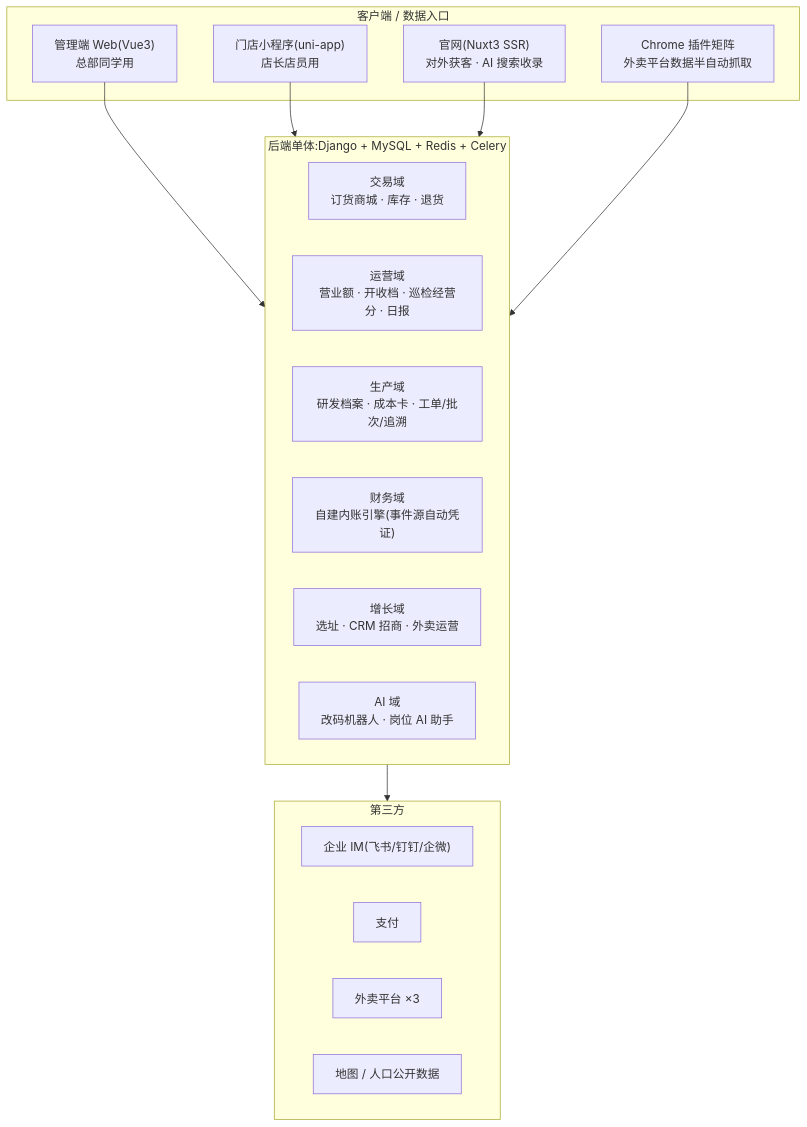
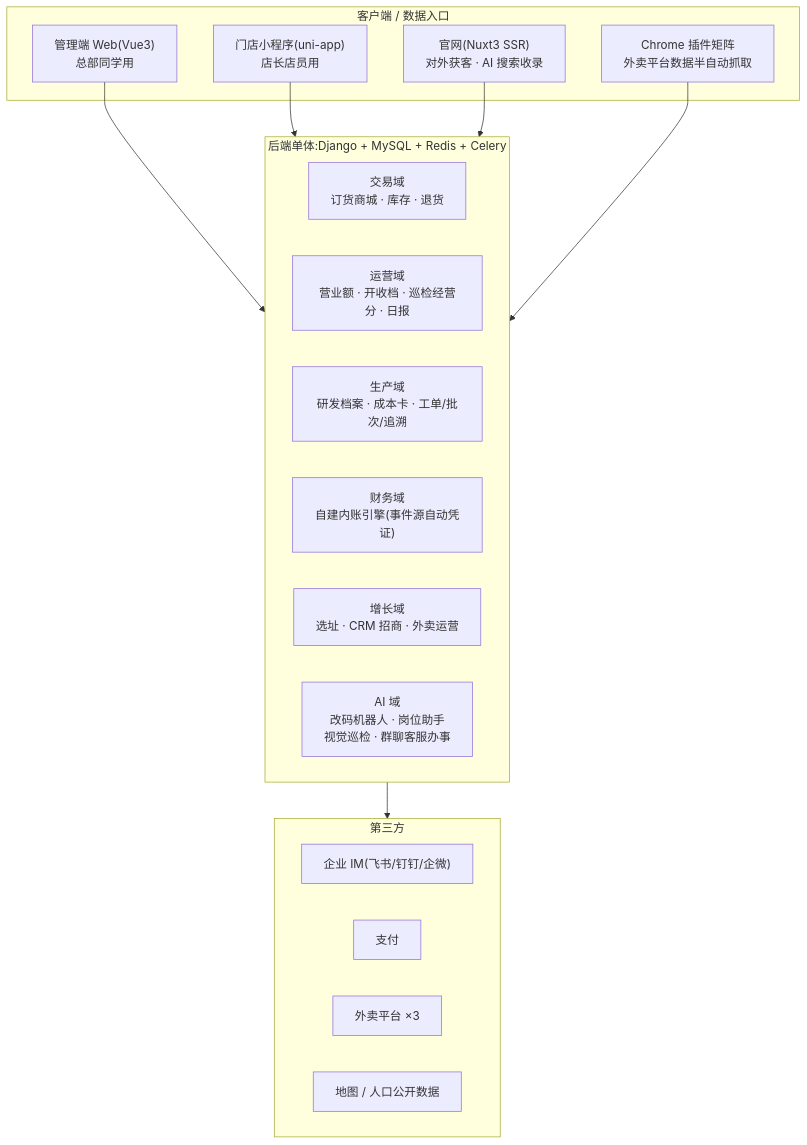
One commit to lofty14/restaurant-digitalization-blueprint changed the diagram in README.md. Above: the diagram before and after it, drawn with Mermaid. The commit also changed other lines of this file and 7 other files, not shown here.

````diff
--- a/README.md
+++ b/README.md
@@ -30,28 +30,28 @@
 ```mermaid
 flowchart TB
     subgraph CLIENTS["客户端 / 数据入口"]
         PC["管理端 Web(Vue3)<br/>总部同学用"]
         MP["门店小程序(uni-app)<br/>店长店员用"]
         SITE["官网(Nuxt3 SSR)<br/>对外获客 · AI 搜索收录"]
         EXT["Chrome 插件矩阵<br/>外卖平台数据半自动抓取"]
     end
     subgraph BE["后端单体:Django + MySQL + Redis + Celery"]
         TRADE["交易域<br/>订货商城 · 库存 · 退货"]
         OPS["运营域<br/>营业额 · 开收档 · 巡检经营分 · 日报"]
         PROD["生产域<br/>研发档案 · 成本卡 · 工单/批次/追溯"]
         FIN["财务域<br/>自建内账引擎(事件源自动凭证)"]
         GROW["增长域<br/>选址 · CRM 招商 · 外卖运营"]
-        AIBOT["AI 域<br/>改码机器人 · 岗位 AI 助手"]
+        AIBOT["AI 域<br/>改码机器人 · 岗位助手<br/>视觉巡检 · 群聊客服办事"]
     end
     subgraph EXTSYS["第三方"]
         IM["企业 IM(飞书/钉钉/企微)"]
         PAY["支付"]
         WM["外卖平台 ×3"]
         MAP["地图 / 人口公开数据"]
     end
     PC --> BE
     MP --> BE
     SITE --> BE
     EXT --> BE
     BE --> EXTSYS
 ```
````
